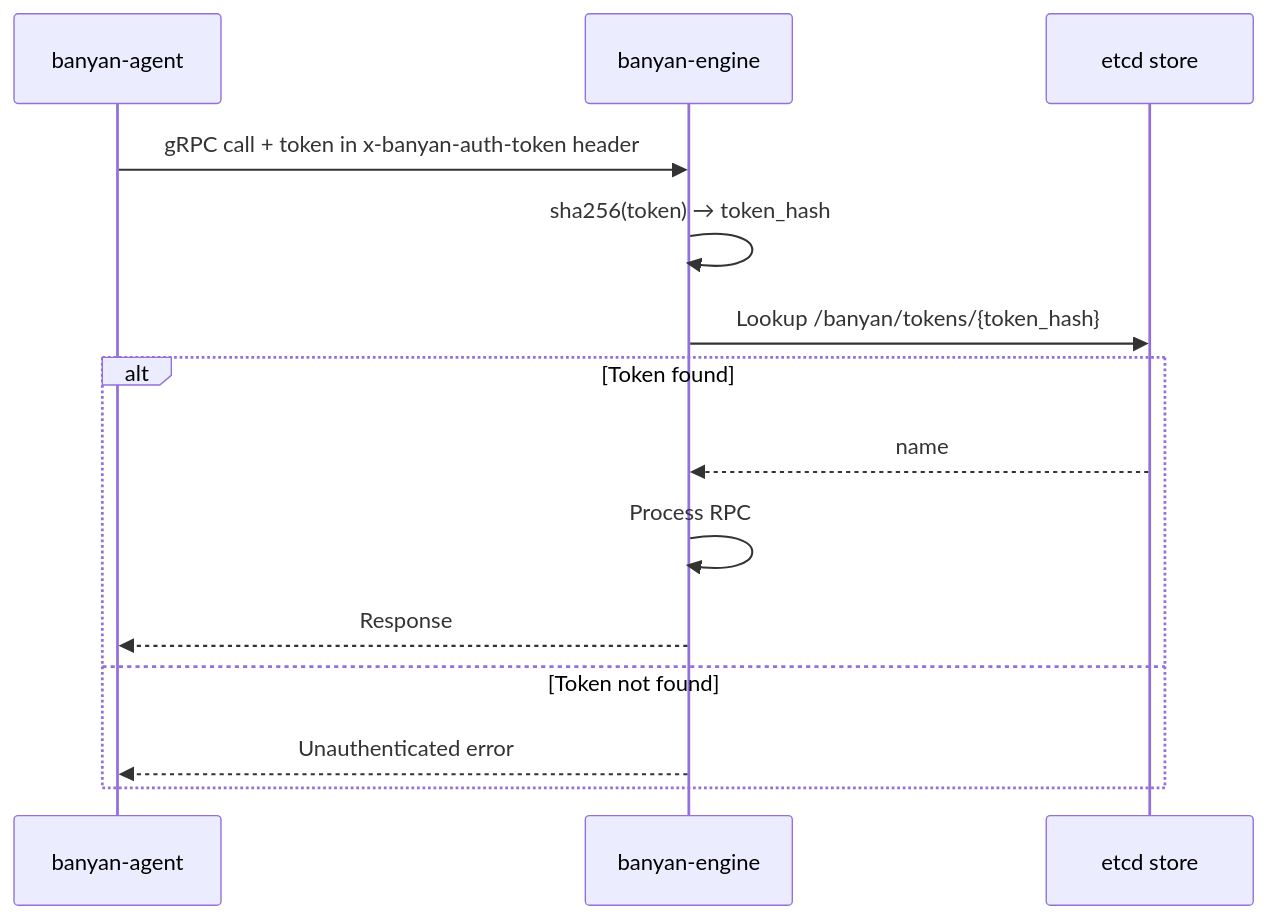
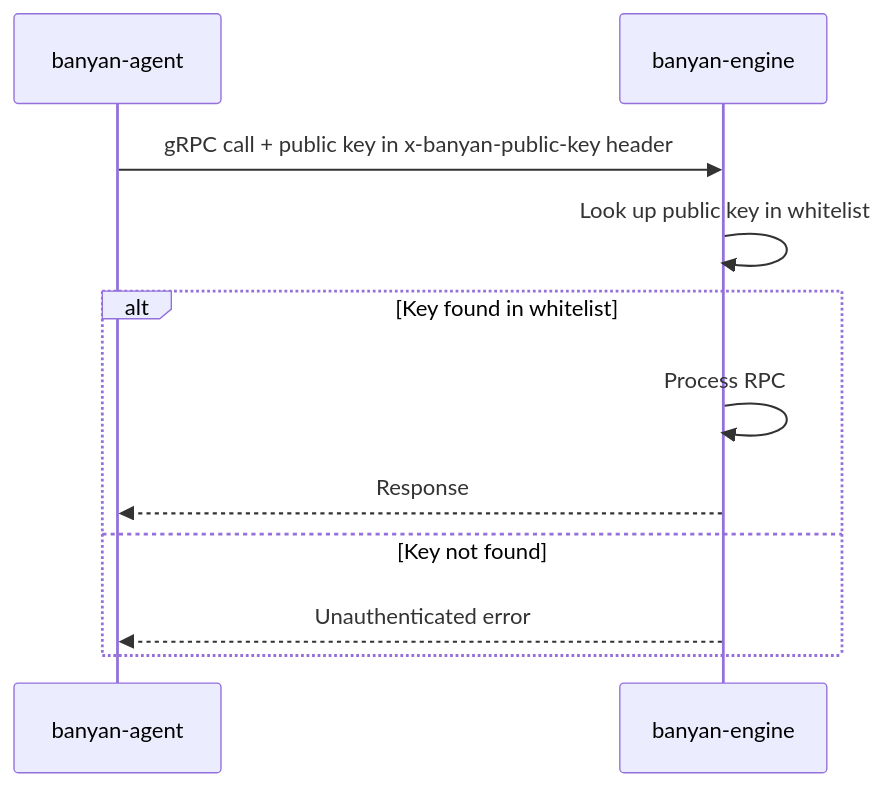
Before and after one commit to fertile-org/banyan: the second of 4 diagrams in website/src/content/docs/guides/authentication.md, drawn with Mermaid. The commit also changed other lines of this file and 76 other files, not shown here.

````diff
--- a/website/src/content/docs/guides/authentication.md
+++ b/website/src/content/docs/guides/authentication.md
@@ -73,17 +75,14 @@
 ```mermaid
 sequenceDiagram
     participant Agent as banyan-agent
     participant Engine as banyan-engine
-    participant etcd as etcd store
 
-    Agent->>Engine: gRPC call + token in x-banyan-auth-token header
-    Engine->>Engine: sha256(token) → token_hash
-    Engine->>etcd: Lookup /banyan/tokens/{token_hash}
-    alt Token found
-        etcd-->>Engine: name
+    Agent->>Engine: gRPC call + public key in x-banyan-public-key header
+    Engine->>Engine: Look up public key in whitelist
+    alt Key found in whitelist
         Engine->>Engine: Process RPC
         Engine-->>Agent: Response
-    else Token not found
+    else Key not found
         Engine-->>Agent: Unauthenticated error
     end
 ```
````
